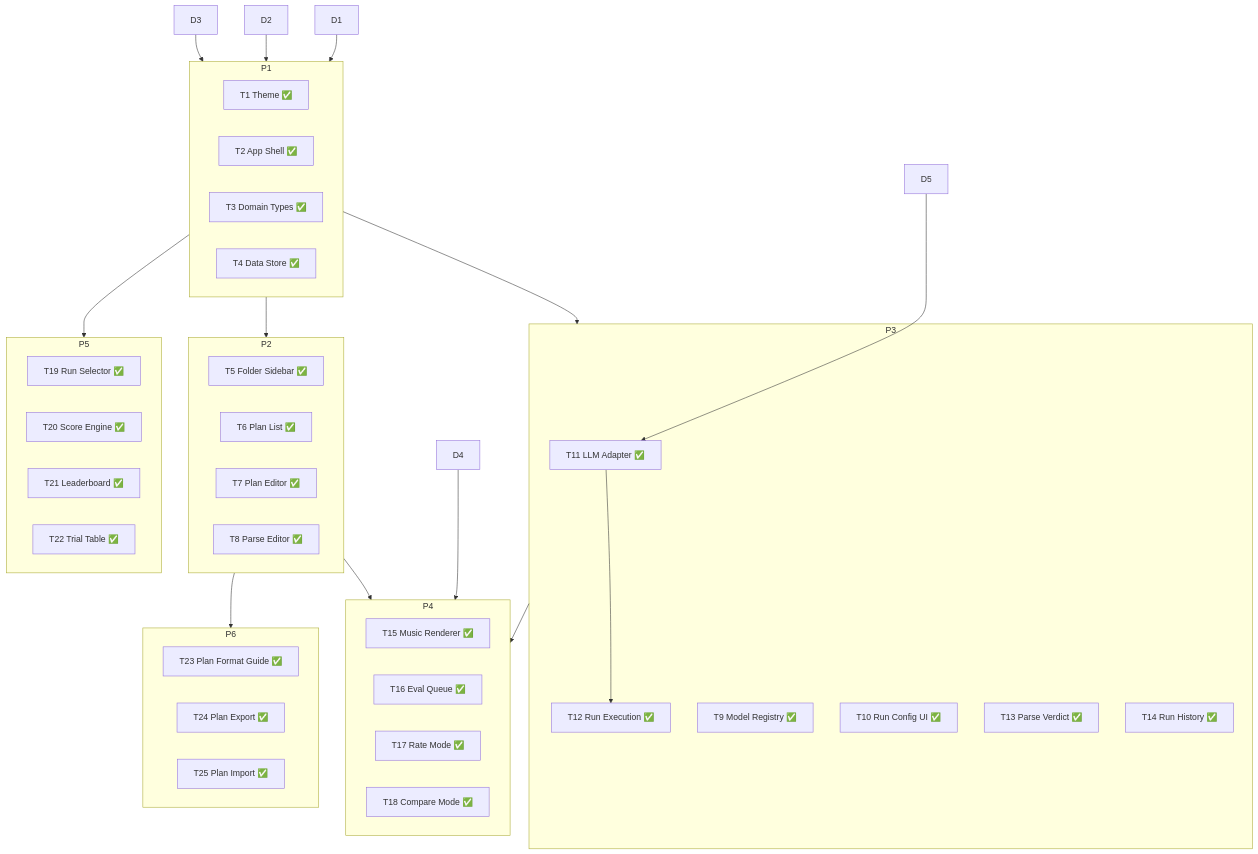
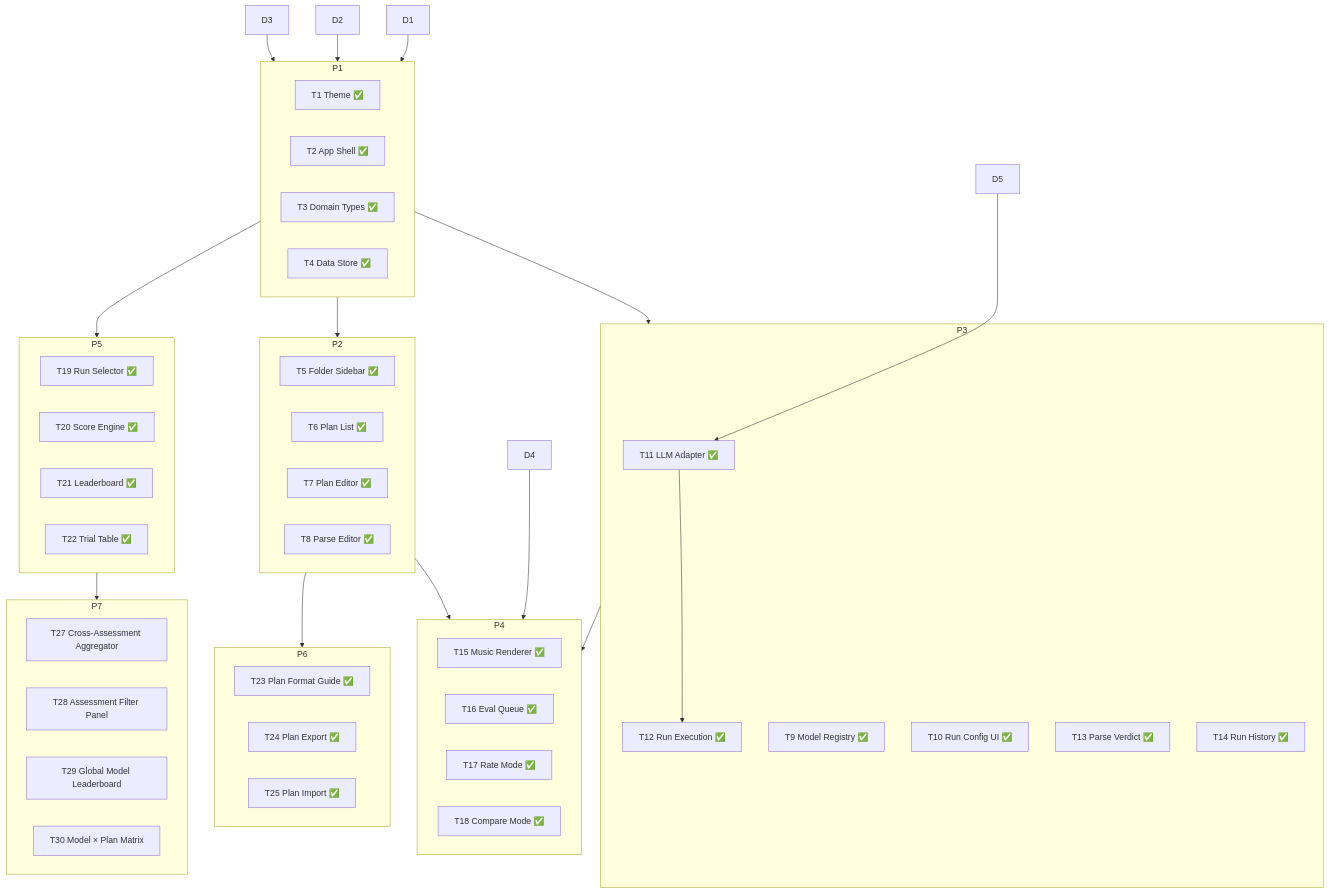
The diagram in docs/roadmap.md (joelbreit/music-bench), drawn with Mermaid before and after one commit. The commit also changed other lines of this file and 9 other files, not shown here.

Commit message:
Phase 7 — Understand Surface

````diff
--- a/docs/roadmap.md
+++ b/docs/roadmap.md
@@ -61,57 +61,65 @@
 ```mermaid
 graph TD
     D1 & D2 & D3 --> P1
 
     P1[Phase 1: Foundation] --> P2[Phase 2: Build]
     P1 --> P3[Phase 3: Run]
     P1 --> P5[Phase 5: Explore]
     D4 --> P4[Phase 4: Evaluate]
     P2 --> P4
     P3 --> P4
     D5 --> T11
     T11 --> T12
     P2 --> P6[Phase 6: Import/Export]
+    P5 --> P7[Phase 7: Understand]
 
     subgraph P1
         T1[T1 Theme ✅]
         T2[T2 App Shell ✅]
         T3[T3 Domain Types ✅]
         T4[T4 Data Store ✅]
     end
 
     subgraph P2
         T5[T5 Folder Sidebar ✅]
         T6[T6 Plan List ✅]
         T7[T7 Plan Editor ✅]
         T8[T8 Parse Editor ✅]
     end
 
     subgraph P3
         T9[T9 Model Registry ✅]
         T10[T10 Run Config UI ✅]
         T11[T11 LLM Adapter ✅]
         T12[T12 Run Execution ✅]
         T13[T13 Parse Verdict ✅]
         T14[T14 Run History ✅]
     end
 
     subgraph P4
         T15[T15 Music Renderer ✅]
         T16[T16 Eval Queue ✅]
         T17[T17 Rate Mode ✅]
         T18[T18 Compare Mode ✅]
     end
 
     subgraph P5
         T19[T19 Run Selector ✅]
         T20[T20 Score Engine ✅]
         T21[T21 Leaderboard ✅]
         T22[T22 Trial Table ✅]
     end
 
     subgraph P6
         T23[T23 Plan Format Guide ✅]
         T24[T24 Plan Export ✅]
         T25[T25 Plan Import ✅]
     end
+
+    subgraph P7
+        T27[T27 Cross-Assessment Aggregator]
+        T28[T28 Assessment Filter Panel]
+        T29[T29 Global Model Leaderboard]
+        T30[T30 Model × Plan Matrix]
+    end
 ```
````
